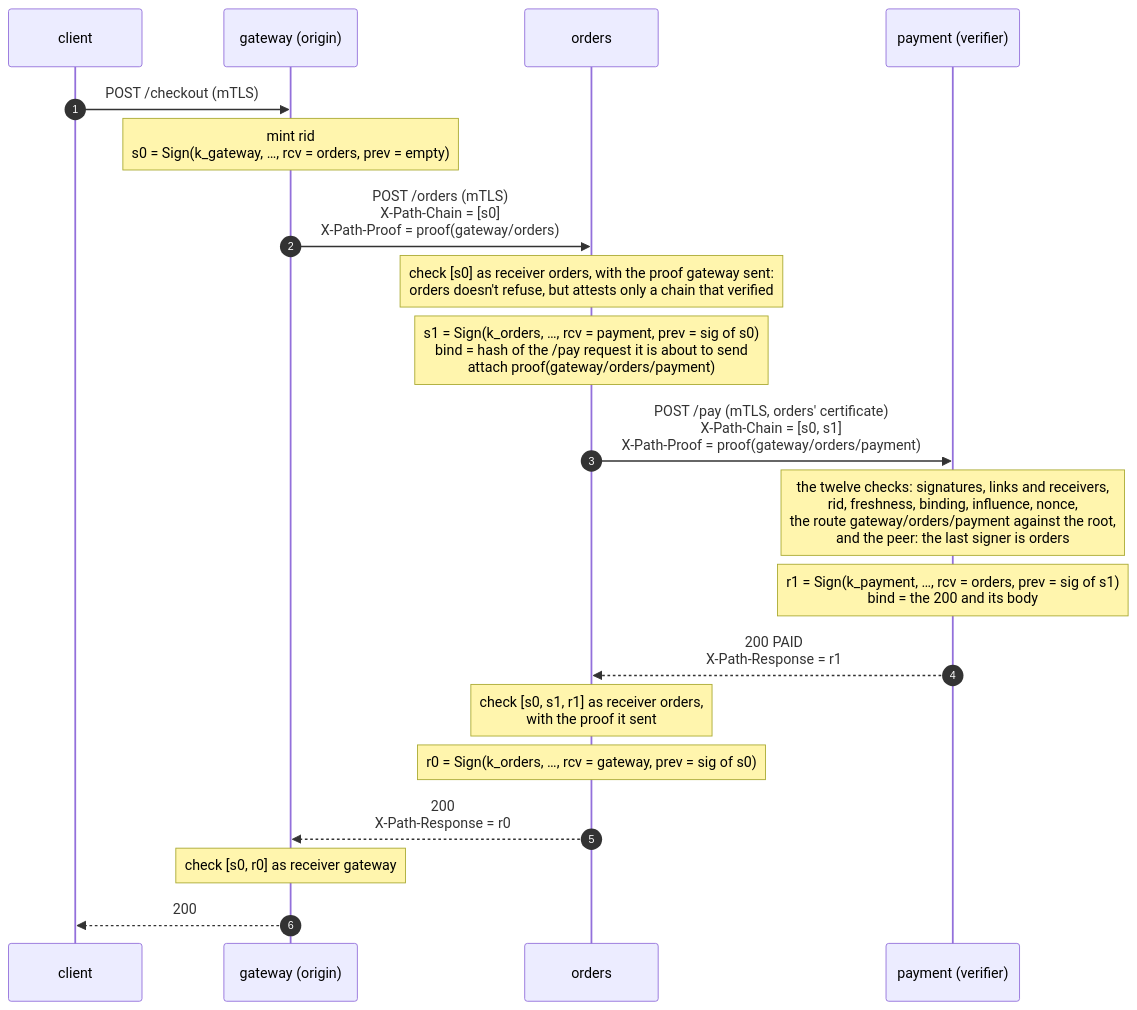
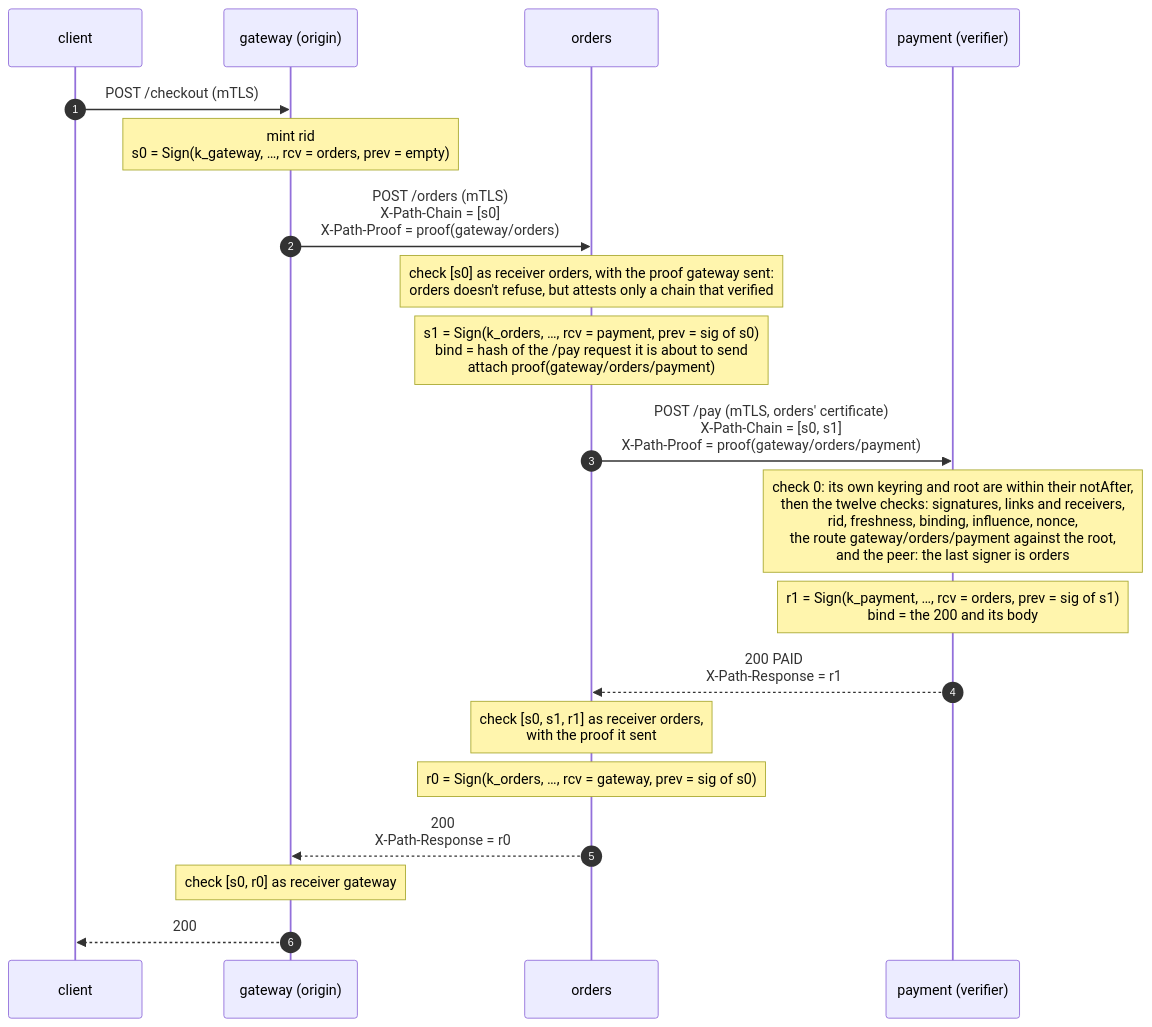
One commit to dumbsly/paztport changed the second of 7 diagrams in poc-demos/java-mesh/README.md. Above: the diagram before and after it, drawn with Mermaid. The commit also changed other lines of this file and 2 other files, not shown here.

````diff
--- a/poc-demos/java-mesh/README.md
+++ b/poc-demos/java-mesh/README.md
@@ -92,23 +92,23 @@
 ```mermaid
 sequenceDiagram
     autonumber
     participant C as client
     participant G as gateway (origin)
     participant O as orders
     participant P as payment (verifier)
 
     C->>G: POST /checkout (mTLS)
     Note over G: mint rid<br/>s0 = Sign(k_gateway, …, rcv = orders, prev = empty)
     G->>O: POST /orders (mTLS)<br/>X-Path-Chain = [s0]<br/>X-Path-Proof = proof(gateway/orders)
     Note over O: check [s0] as receiver orders, with the proof gateway sent:<br/>orders doesn't refuse, but attests only a chain that verified
     Note over O: s1 = Sign(k_orders, …, rcv = payment, prev = sig of s0)<br/>bind = hash of the /pay request it is about to send<br/>attach proof(gateway/orders/payment)
     O->>P: POST /pay (mTLS, orders' certificate)<br/>X-Path-Chain = [s0, s1]<br/>X-Path-Proof = proof(gateway/orders/payment)
-    Note over P: the twelve checks: signatures, links and receivers,<br/>rid, freshness, binding, influence, nonce,<br/>the route gateway/orders/payment against the root,<br/>and the peer: the last signer is orders
+    Note over P: check 0: its own keyring and root are within their notAfter,<br/>then the twelve checks: signatures, links and receivers,<br/>rid, freshness, binding, influence, nonce,<br/>the route gateway/orders/payment against the root,<br/>and the peer: the last signer is orders
     Note over P: r1 = Sign(k_payment, …, rcv = orders, prev = sig of s1)<br/>bind = the 200 and its body
     P-->>O: 200 PAID<br/>X-Path-Response = r1
     Note over O: check [s0, s1, r1] as receiver orders,<br/>with the proof it sent
     Note over O: r0 = Sign(k_orders, …, rcv = gateway, prev = sig of s0)
     O-->>G: 200<br/>X-Path-Response = r0
     Note over G: check [s0, r0] as receiver gateway
     G-->>C: 200
 ```
````
